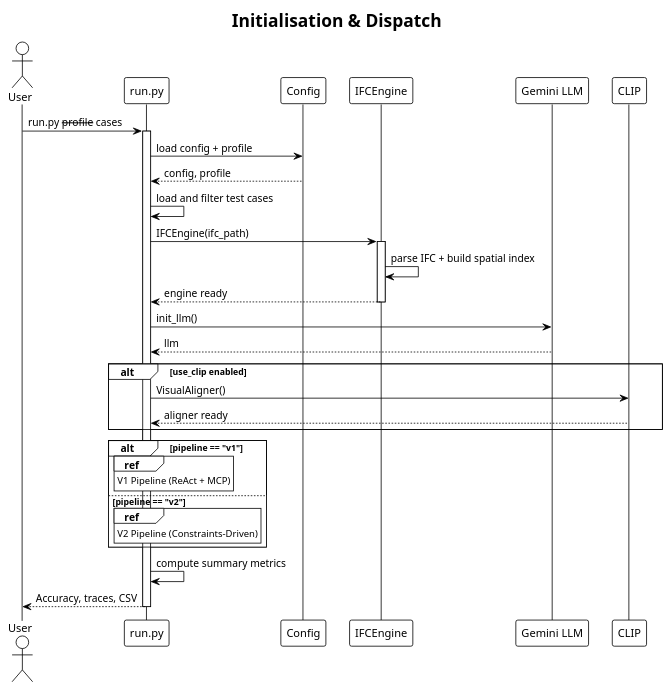
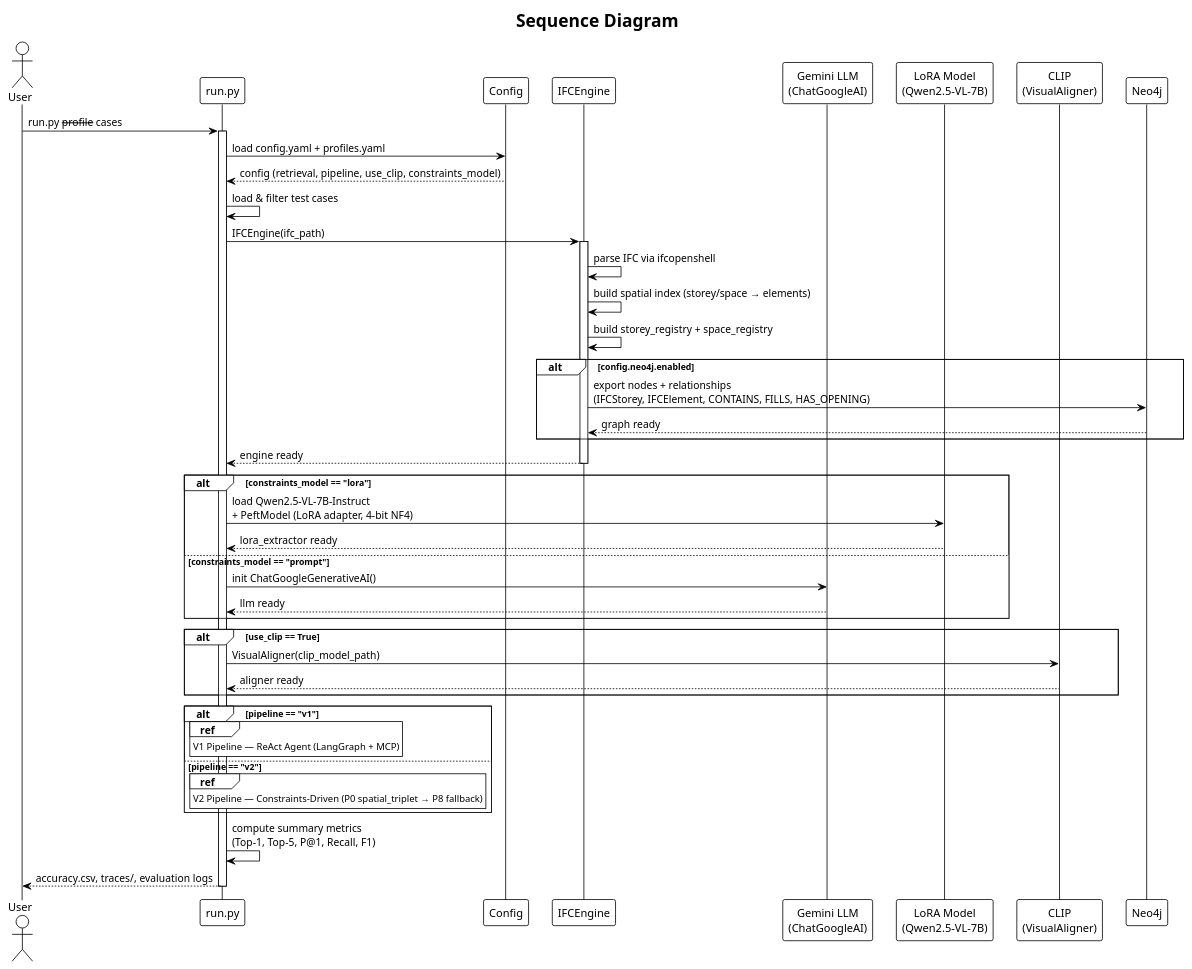
The diagram in docs/diagram/sequence_diagram.puml (hyChia88/mscd_demo), drawn with PlantUML before and after one commit. The commit also changed 15 other files, not shown here.

Commit message:
update diagram

```diff
--- a/docs/diagram/sequence_diagram.puml
+++ b/docs/diagram/sequence_diagram.puml
@@ -1,44 +1,57 @@
 @startuml MSCD_Demo_Sequence_Init
 !theme plain
-title **Initialisation & Dispatch**
+title **Sequence Diagram**
 
 actor       User   as U
 participant "run.py" as RUN
 participant "Config"  as CFG
 participant "IFCEngine" as ENG
-participant "Gemini LLM" as LLM
-participant "CLIP" as CLIP
+participant "Gemini LLM\n(ChatGoogleAI)" as LLM
+participant "LoRA Model\n(Qwen2.5-VL-7B)" as LORA
+participant "CLIP\n(VisualAligner)" as CLIP
+participant "Neo4j" as NEO
 
 U -> RUN : run.py --profile --cases
 activate RUN
 
-RUN -> CFG : load config + profile
-CFG --> RUN : config, profile
+RUN -> CFG : load config.yaml + profiles.yaml
+CFG --> RUN : config (retrieval, pipeline, use_clip, constraints_model)
 
-RUN -> RUN : load and filter test cases
+RUN -> RUN : load & filter test cases
 
 RUN -> ENG : IFCEngine(ifc_path)
 activate ENG
-ENG -> ENG : parse IFC + build spatial index
+ENG -> ENG : parse IFC via ifcopenshell
+ENG -> ENG : build spatial index (storey/space → elements)
+ENG -> ENG : build storey_registry + space_registry
+alt **config.neo4j.enabled**
+    ENG -> NEO : export nodes + relationships\n(IFCStorey, IFCElement, CONTAINS, FILLS, HAS_OPENING)
+    NEO --> ENG : graph ready
+end
 ENG --> RUN : engine ready
 deactivate ENG
 
-RUN -> LLM : init_llm()
-LLM --> RUN : llm
+alt **constraints_model == "lora"**
+    RUN -> LORA : load Qwen2.5-VL-7B-Instruct\n+ PeftModel (LoRA adapter, 4-bit NF4)
+    LORA --> RUN : lora_extractor ready
+else **constraints_model == "prompt"**
+    RUN -> LLM : init ChatGoogleGenerativeAI()
+    LLM --> RUN : llm ready
+end
 
-alt use_clip enabled
-    RUN -> CLIP : VisualAligner()
+alt **use_clip == True**
+    RUN -> CLIP : VisualAligner(clip_model_path)
     CLIP --> RUN : aligner ready
 end
 
-alt pipeline == "v1"
-    ref over RUN : V1 Pipeline (ReAct + MCP)
-else pipeline == "v2"
-    ref over RUN : V2 Pipeline (Constraints-Driven)
+alt **pipeline == "v1"**
+    ref over RUN : V1 Pipeline — ReAct Agent (LangGraph + MCP)
+else **pipeline == "v2"**
+    ref over RUN : V2 Pipeline — Constraints-Driven (P0 spatial_triplet → P8 fallback)
 end
 
-RUN -> RUN : compute summary metrics
-RUN --> U : Accuracy, traces, CSV
+RUN -> RUN : compute summary metrics\n(Top-1, Top-5, P@1, Recall, F1)
+RUN --> U : accuracy.csv, traces/, evaluation logs
 deactivate RUN
 
 @enduml
```
